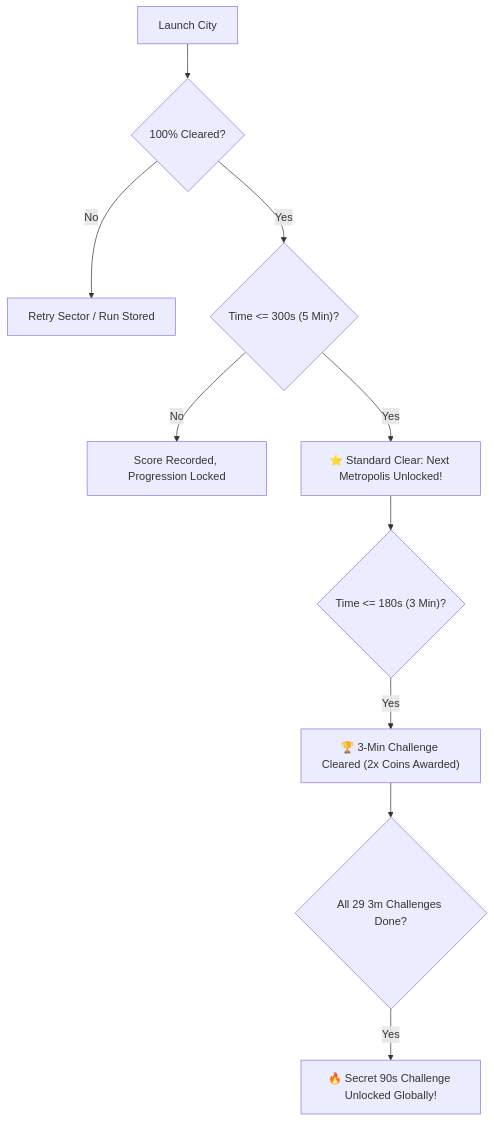
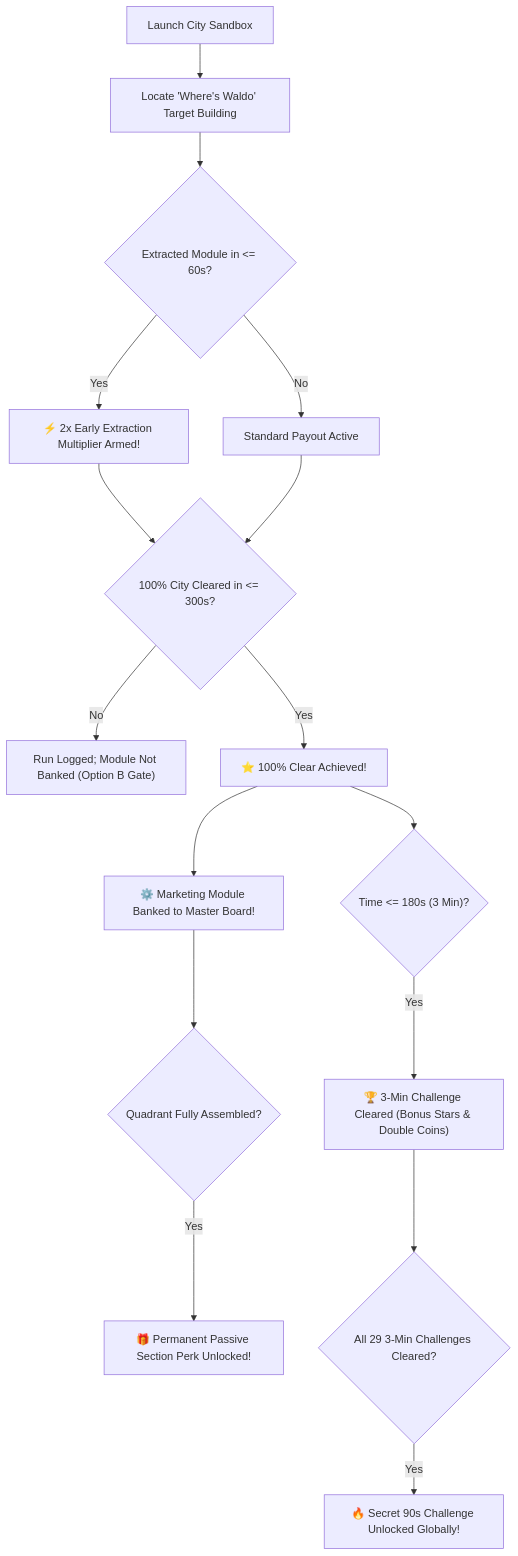
One commit to NicoLafakis/Flywheel changed the diagram in .wiki/features/global-campaign/03-mechanics-and-progression.md. Above: the diagram before and after it, drawn with Mermaid. The commit also changed other lines of this file and 2 other files, not shown here.

Commit message:
docs: add Shattered Marketing Engine lore, Reverse Operation board, and campaign extraction mechanics

````diff
--- a/.wiki/features/global-campaign/03-mechanics-and-progression.md
+++ b/.wiki/features/global-campaign/03-mechanics-and-progression.md
@@ -13,12 +13,18 @@
 ```mermaid
 flowchart TD
-    A["Launch City"] --> B{"100% Cleared?"}
-    B -- No --> C["Retry Sector / Run Stored"]
-    B -- Yes --> D{"Time <= 300s (5 Min)?"}
-    D -- No --> E["Score Recorded, Progression Locked"]
-    D -- Yes --> F["⭐ Standard Clear: Next Metropolis Unlocked!"]
-    F --> G{"Time <= 180s (3 Min)?"}
-    G -- Yes --> H["🏆 3-Min Challenge Cleared (2x Coins Awarded)"]
-    H --> I{"All 29 3m Challenges Done?"}
-    I -- Yes --> J["🔥 Secret 90s Challenge Unlocked Globally!"]
+    A["Launch City Sandbox"] --> B["Locate 'Where's Waldo' Target Building"]
+    B --> C{"Extracted Module in <= 60s?"}
+    C -- Yes --> D["⚡ 2x Early Extraction Multiplier Armed!"]
+    C -- No --> E["Standard Payout Active"]
+    D --> F{"100% City Cleared in <= 300s?"}
+    E --> F
+    F -- No --> G["Run Logged; Module Not Banked (Option B Gate)"]
+    F -- Yes --> H["⭐ 100% Clear Achieved!"]
+    H --> I["⚙️ Marketing Module Banked to Master Board!"]
+    H --> J{"Time <= 180s (3 Min)?"}
+    J -- Yes --> K["🏆 3-Min Challenge Cleared (Bonus Stars & Double Coins)"]
+    I --> L{"Quadrant Fully Assembled?"}
+    L -- Yes --> M["🎁 Permanent Passive Section Perk Unlocked!"]
+    K --> N{"All 29 3-Min Challenges Cleared?"}
+    N -- Yes --> O["🔥 Secret 90s Challenge Unlocked Globally!"]
 ```
````
